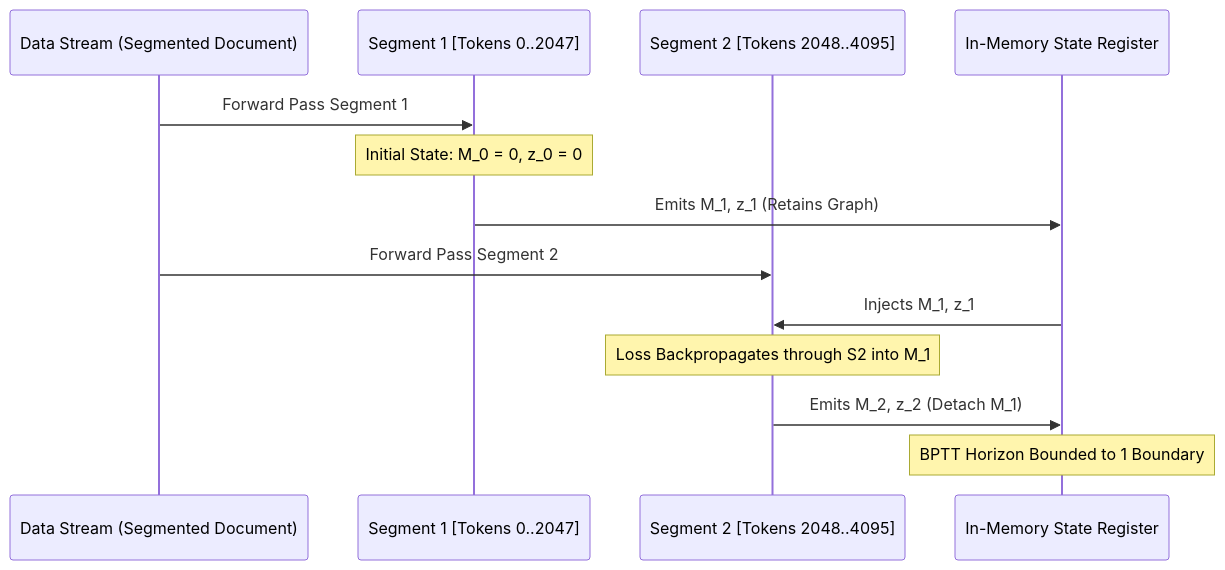
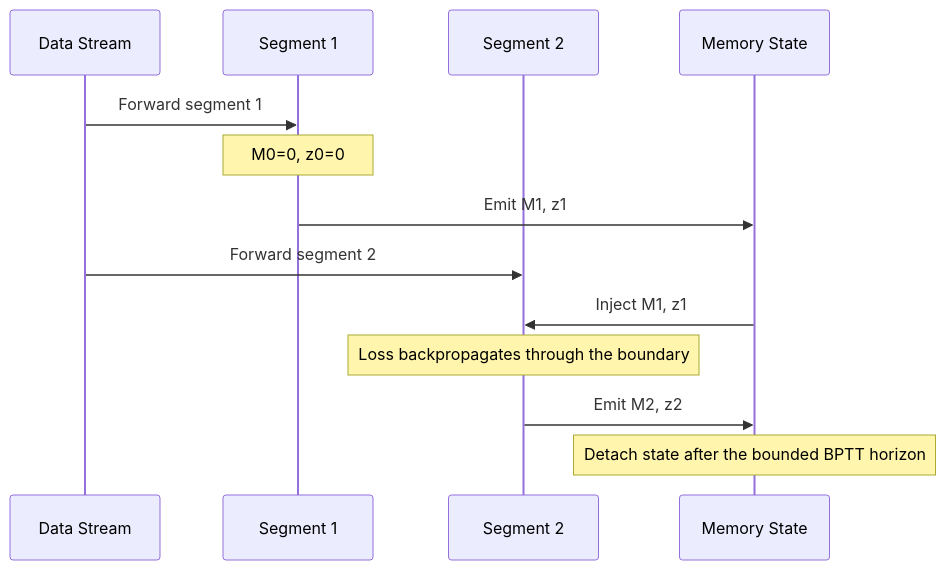
Before and after one commit to Vtheonly/infiniChatbot: the sixth of 15 diagrams in README.md, drawn with Mermaid. The commit also changed other lines of this file, not shown here.

Commit message:
docs: convert all README diagrams to Mermaid

````diff
--- a/README.md
+++ b/README.md
@@ -563,18 +525,15 @@
 ```mermaid
 sequenceDiagram
-    participant D as Data Stream (Segmented Document)
-    participant S1 as Segment 1 [Tokens 0..2047]
-    participant S2 as Segment 2 [Tokens 2048..4095]
-    participant M as In-Memory State Register
-
-    D->>S1: Forward Pass Segment 1
-    Note over S1: Initial State: M_0 = 0, z_0 = 0
-    S1->>M: Emits M_1, z_1 (Retains Graph)
-    
-    D->>S2: Forward Pass Segment 2
-    M->>S2: Injects M_1, z_1
-    Note over S2: Loss Backpropagates through S2 into M_1
-    S2->>M: Emits M_2, z_2 (Detach M_1)
-    
-    Note over M: BPTT Horizon Bounded to 1 Boundary
+    participant D as Data Stream
+    participant S1 as Segment 1
+    participant S2 as Segment 2
+    participant M as Memory State
+    D->>S1: Forward segment 1
+    Note over S1: M0=0, z0=0
+    S1->>M: Emit M1, z1
+    D->>S2: Forward segment 2
+    M->>S2: Inject M1, z1
+    Note over S2: Loss backpropagates through the boundary
+    S2->>M: Emit M2, z2
+    Note over M: Detach state after the bounded BPTT horizon
 ```
````
